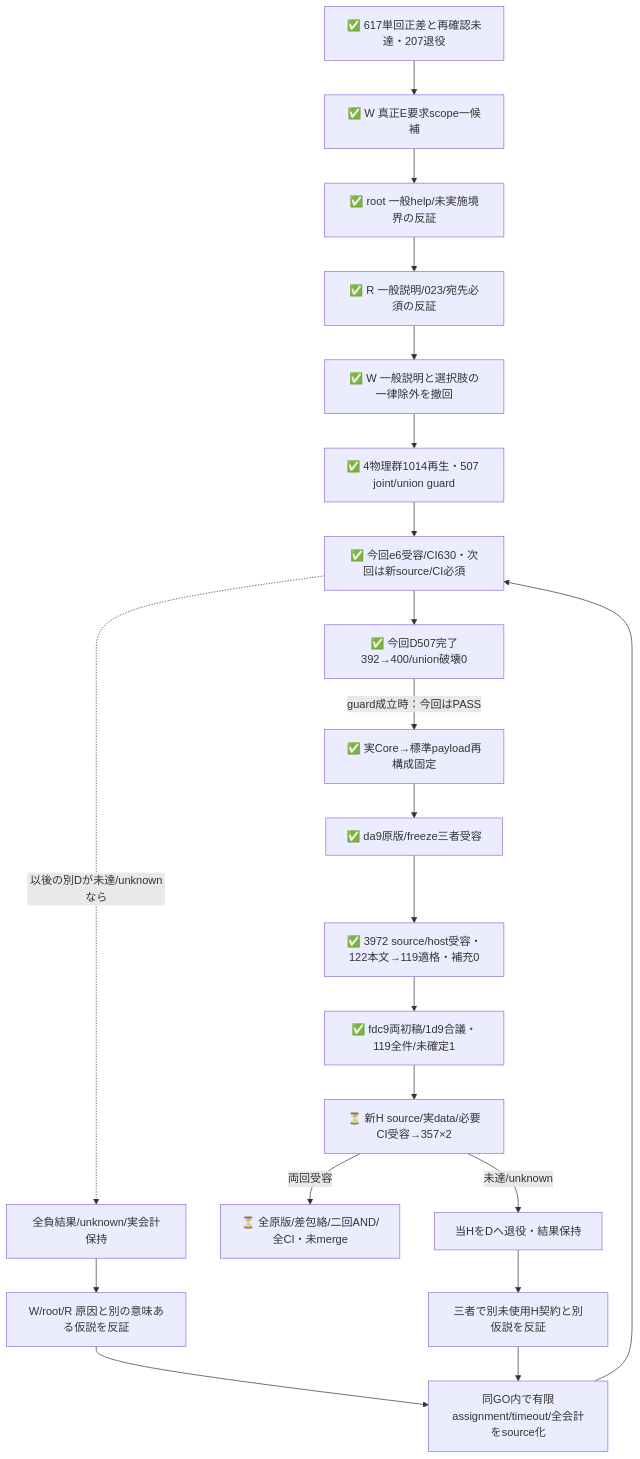
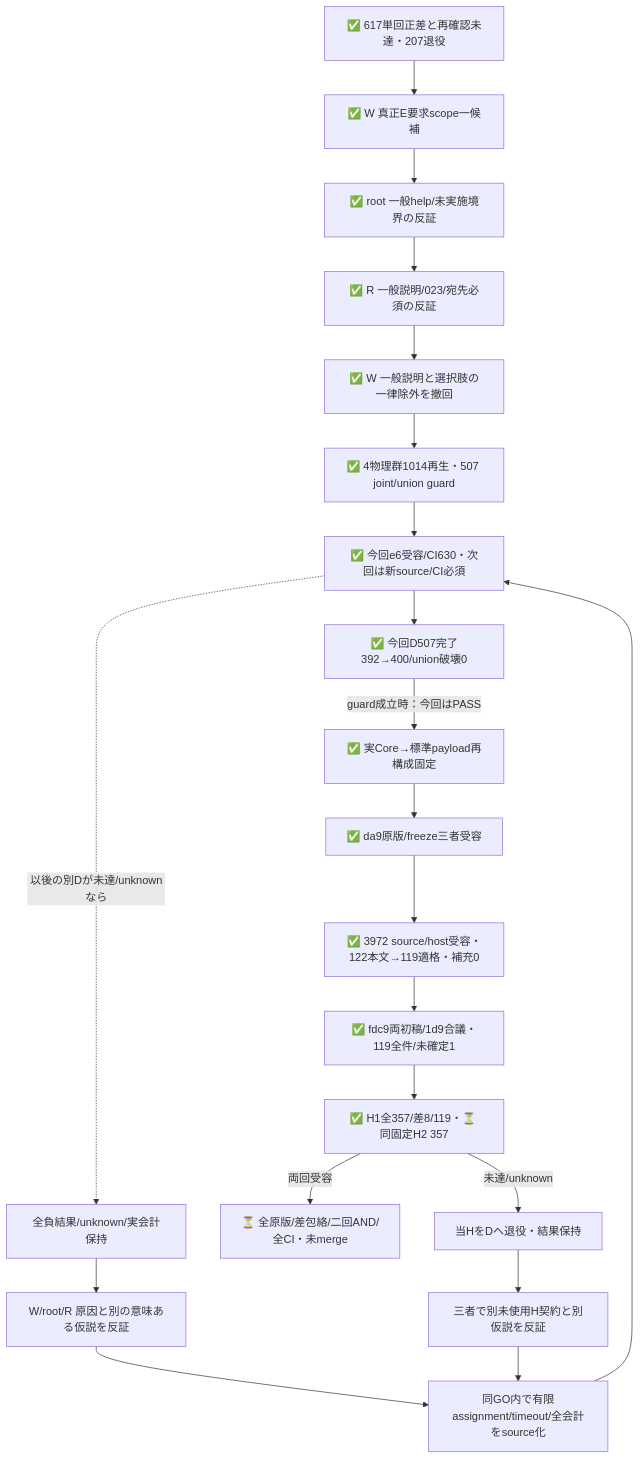
Before and after one commit to roccho-org/ops: the diagram in experiments/sys1-eval-loop/expectation/README.md, drawn with Mermaid. The commit also changed other lines of this file and 10 other files, not shown here.

````diff
--- a/experiments/sys1-eval-loop/expectation/README.md
+++ b/experiments/sys1-eval-loop/expectation/README.md
@@ -33,23 +33,23 @@
 ```mermaid
 flowchart TB
   OLD[✅ 617単回正差と再確認未達・207退役] --> CLAIM[✅ W 真正E要求scope一候補]
   CLAIM --> ROOT[✅ root 一般help/未実施境界の反証]
   ROOT --> R[✅ R 一般説明/023/宛先必須の反証]
   R --> REVISE[✅ W 一般説明と選択肢の一律除外を撤回]
   REVISE --> PURE[✅ 4物理群1014再生・507 joint/union guard]
   PURE --> ENTRY[✅ 今回e6受容/CI630・次回は新source/CI必須]
   ENTRY --> D[✅ 今回D507完了392→400/union破壊0]
   D -->|guard成立時：今回はPASS| FREEZE[✅ 実Core→標準payload再構成固定]
   FREEZE --> REVIEW[✅ da9原版/freeze三者受容]
   REVIEW --> BODY[✅ 3972 source/host受容・122本文→119適格・補充0]
   BODY --> GOLD[✅ fdc9両初稿/1d9合議・119全件/未確定1]
-  GOLD --> H[⏳ 新H source/実data/必要CI受容→357×2]
+  GOLD --> H[✅ H1全357/差8/119・⏳ 同固定H2 357]
   ENTRY -. 以後の別Dが未達/unknownなら .-> KEEP[全負結果/unknown/実会計保持]
   KEEP --> COUNTER[W/root/R 原因と別の意味ある仮説を反証]
   COUNTER --> CONTRACT[同GO内で有限assignment/timeout/全会計をsource化]
   CONTRACT --> ENTRY
   H -->|両回受容| END[⏳ 全原版/差包絡/二回AND/全CI・未merge]
   H -->|未達/unknown| RETIRE[当HをDへ退役・結果保持]
   RETIRE --> NEW[三者で別未使用H契約と別仮説を反証]
   NEW --> CONTRACT
 ```
````
